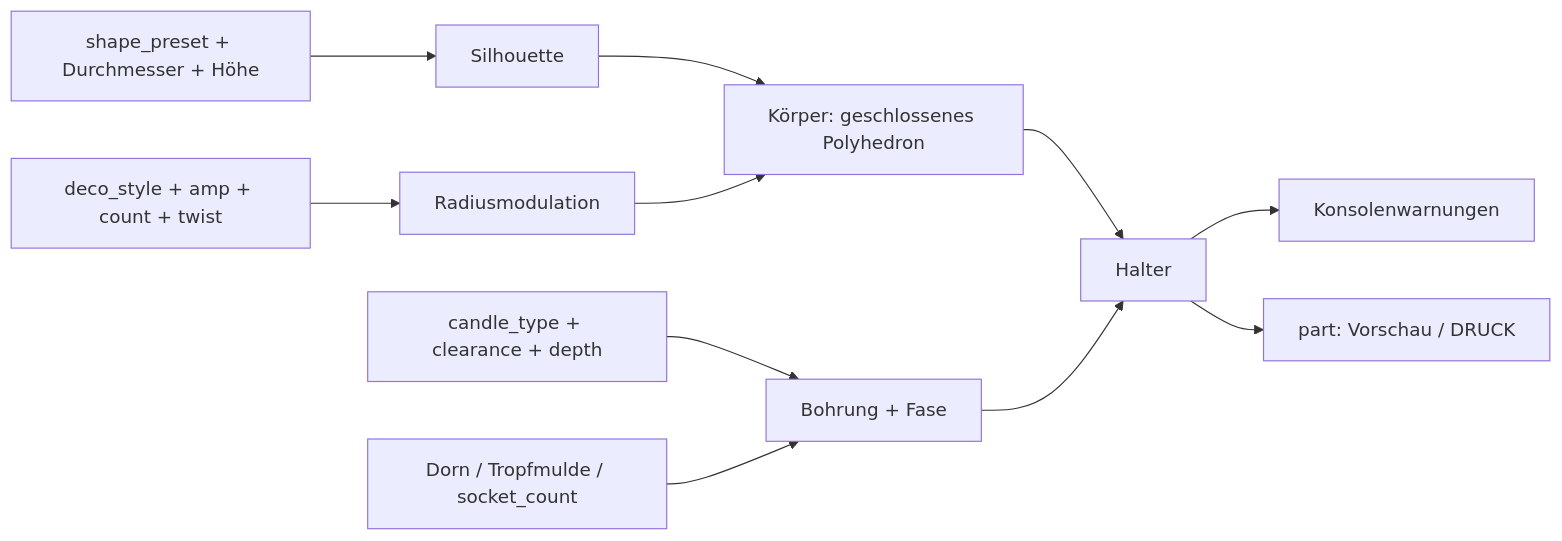
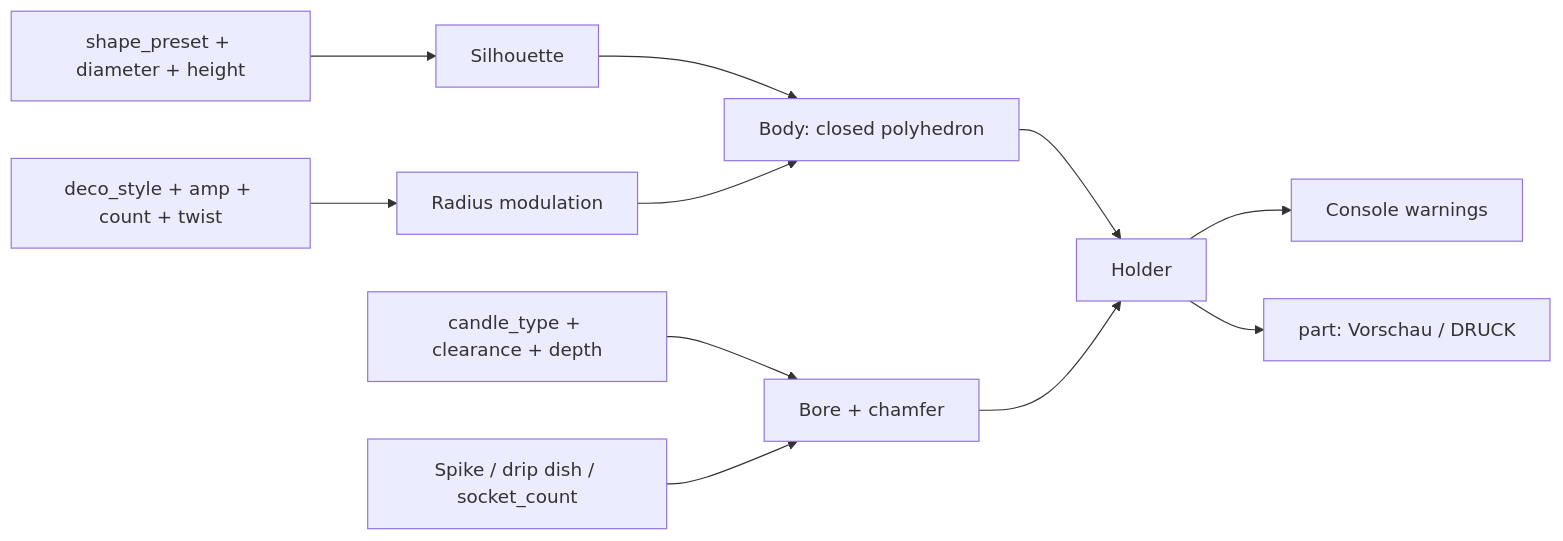
The diagram in models/parametric-candlestick/README.md (BetaHydri/parametric-cad-models), drawn with Mermaid before and after one commit. The commit also changed other lines of this file and 57 other files, not shown here.

````diff
--- a/models/parametric-candlestick/README.md
+++ b/models/parametric-candlestick/README.md
@@ -220,13 +217,13 @@
 ```mermaid
 flowchart LR
-    P[shape_preset + Durchmesser + Höhe] --> S[Silhouette]
-    D[deco_style + amp + count + twist] --> M[Radiusmodulation]
-    S --> K[Körper: geschlossenes Polyhedron]
+    P[shape_preset + diameter + height] --> S[Silhouette]
+    D[deco_style + amp + count + twist] --> M[Radius modulation]
+    S --> K[Body: closed polyhedron]
     M --> K
-    C[candle_type + clearance + depth] --> B[Bohrung + Fase]
-    O[Dorn / Tropfmulde / socket_count] --> B
-    K --> H[Halter]
+    C[candle_type + clearance + depth] --> B[Bore + chamfer]
+    O[Spike / drip dish / socket_count] --> B
+    K --> H[Holder]
     B --> H
-    H --> W[Konsolenwarnungen]
+    H --> W[Console warnings]
     H --> O2[part: Vorschau / DRUCK]
 ```
````
